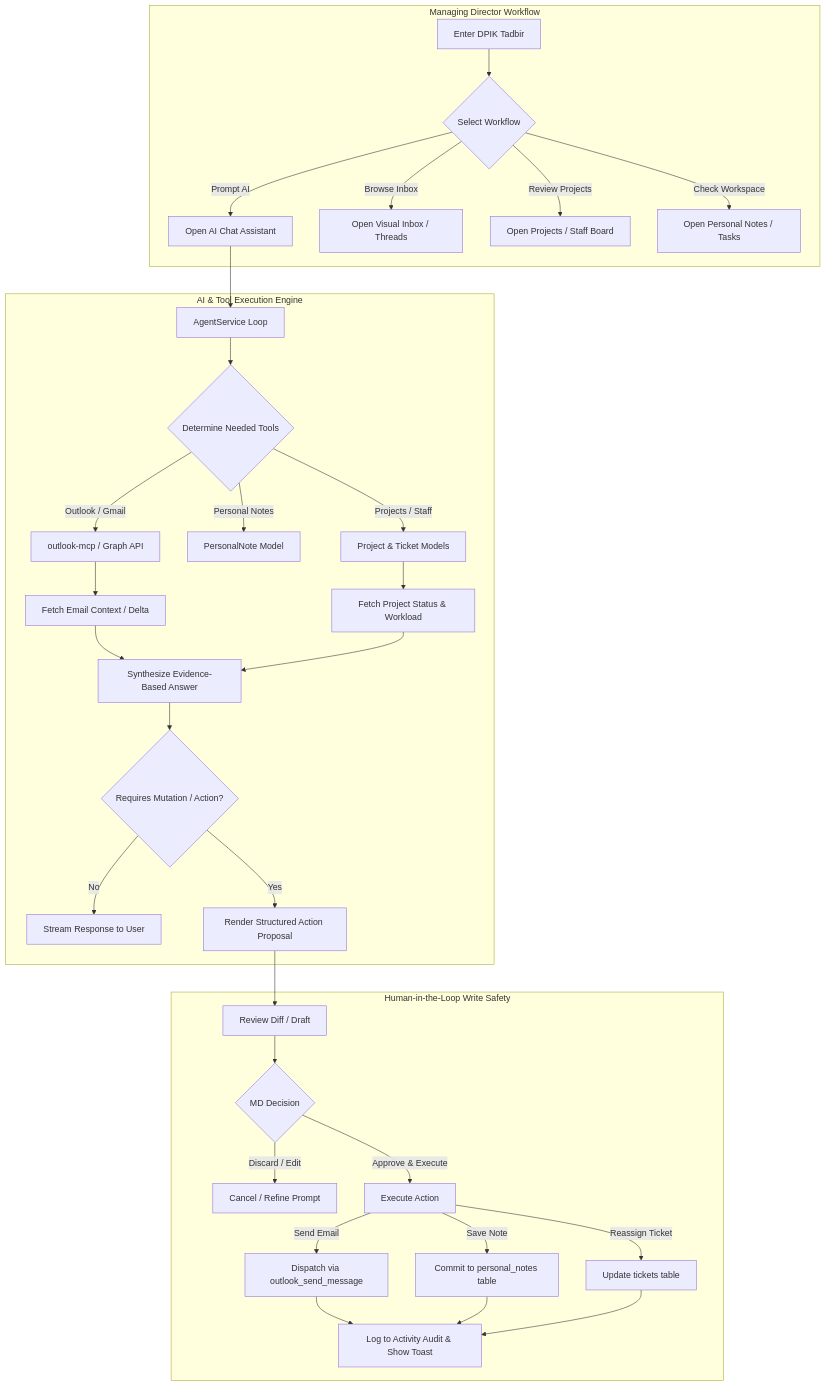
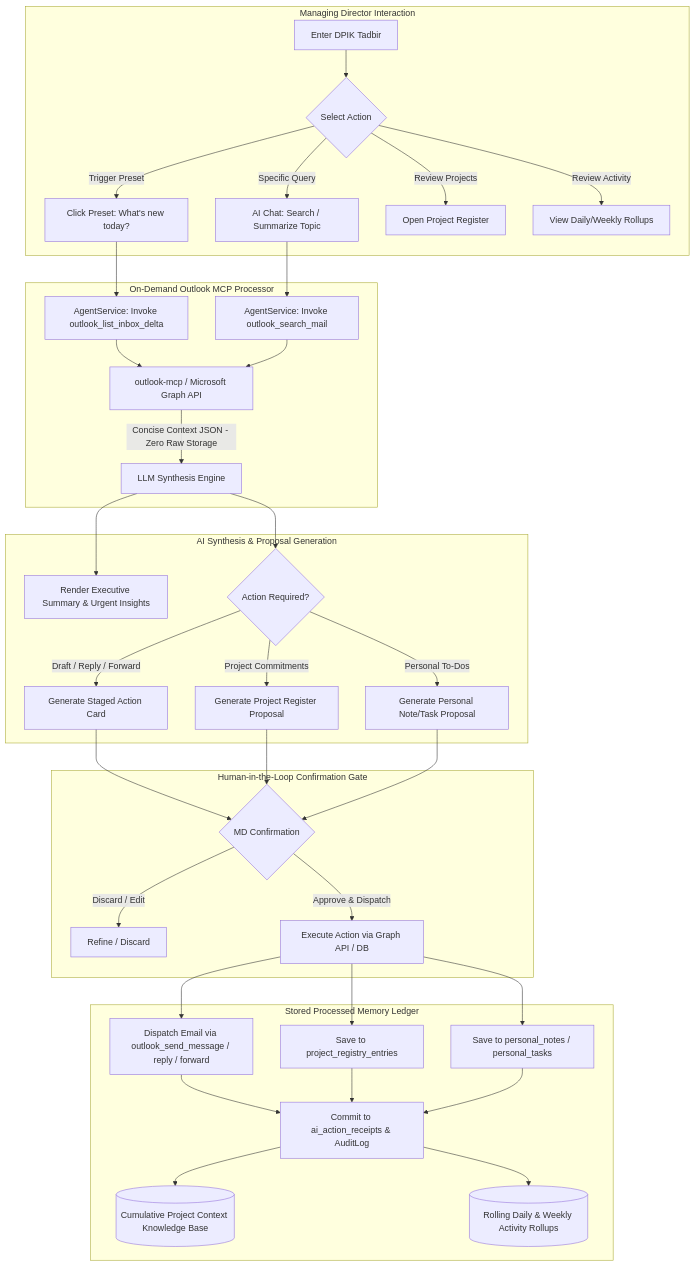
The diagram in docs/ui-spec/flow-diagram.mermaid (arhsmoque2/dpik-tadbir), drawn with Mermaid before and after one commit. The commit also changed 19 other files, not shown here.

````diff
--- a/docs/ui-spec/flow-diagram.mermaid
+++ b/docs/ui-spec/flow-diagram.mermaid
@@ -1,42 +1,51 @@
 ```mermaid
 flowchart TD
-    subgraph MD_Interaction [Managing Director Workflow]
-        A[Enter DPIK Tadbir] --> B{Select Workflow}
-        B -->|Prompt AI| C[Open AI Chat Assistant]
-        B -->|Browse Inbox| D[Open Visual Inbox / Threads]
-        B -->|Review Projects| E[Open Projects / Staff Board]
-        B -->|Check Workspace| F[Open Personal Notes / Tasks]
+    subgraph MD_Operations [Managing Director Interaction]
+        A[Enter DPIK Tadbir] --> B{Select Action}
+        B -->|Trigger Preset| C[Click Preset: What's new today?]
+        B -->|Specific Query| D[AI Chat: Search / Summarize Topic]
+        B -->|Review Projects| E[Open Project Register]
+        B -->|Review Activity| F[View Daily/Weekly Rollups]
     end
 
-    subgraph AI_Processing [AI & Tool Execution Engine]
-        C --> G[AgentService Loop]
-        G --> H{Determine Needed Tools}
-        H -->|Outlook / Gmail| I[outlook-mcp / Graph API]
-        H -->|Personal Notes| J[PersonalNote Model]
-        H -->|Projects / Staff| K[Project & Ticket Models]
+    subgraph Outlook_MCP_Processor [On-Demand Outlook MCP Processor]
+        C --> McpCall[AgentService: Invoke outlook_list_inbox_delta]
+        D --> McpCall2[AgentService: Invoke outlook_search_mail]
         
-        I --> L[Fetch Email Context / Delta]
-        K --> M[Fetch Project Status & Workload]
+        McpCall --> OutlookServer[outlook-mcp / Microsoft Graph API]
+        McpCall2 --> OutlookServer
         
-        L --> N[Synthesize Evidence-Based Answer]
-        M --> N
-        
-        N --> O{Requires Mutation / Action?}
-        O -->|No| P[Stream Response to User]
-        O -->|Yes| Q[Render Structured Action Proposal]
+        OutlookServer -->|Concise Context JSON - Zero Raw Storage| LLM[LLM Synthesis Engine]
     end
 
-    subgraph Approval_Gate [Human-in-the-Loop Write Safety]
-        Q --> R[Review Diff / Draft]
-        R --> S{MD Decision}
-        S -->|Discard / Edit| T[Cancel / Refine Prompt]
-        S -->|Approve & Execute| U[Execute Action]
-        U -->|Send Email| V[Dispatch via outlook_send_message]
-        U -->|Save Note| W[Commit to personal_notes table]
-        U -->|Reassign Ticket| X[Update tickets table]
+    subgraph AI_Synthesis_And_Proposals [AI Synthesis & Proposal Generation]
+        LLM --> Briefing[Render Executive Summary & Urgent Insights]
         
-        V --> Y[Log to Activity Audit & Show Toast]
-        W --> Y
-        X --> Y
+        LLM --> ActionCheck{Action Required?}
+        ActionCheck -->|Draft / Reply / Forward| ActionCard[Generate Staged Action Card]
+        ActionCheck -->|Project Commitments| RegCard[Generate Project Register Proposal]
+        ActionCheck -->|Personal To-Dos| NoteCard[Generate Personal Note/Task Proposal]
+    end
+
+    subgraph Human_Confirmation [Human-in-the-Loop Confirmation Gate]
+        ActionCard --> Approval{MD Confirmation}
+        RegCard --> Approval
+        NoteCard --> Approval
+        
+        Approval -->|Discard / Edit| Cancel[Refine / Discard]
+        Approval -->|Approve & Dispatch| Execute[Execute Action via Graph API / DB]
+    end
+
+    subgraph Processed_Output_Storage [Stored Processed Memory Ledger]
+        Execute --> DispatchOutbound[Dispatch Email via outlook_send_message / reply / forward]
+        Execute --> SaveRegister[Save to project_registry_entries]
+        Execute --> SaveNotes[Save to personal_notes / personal_tasks]
+        
+        DispatchOutbound --> Receipt[Commit to ai_action_receipts & AuditLog]
+        SaveRegister --> Receipt
+        SaveNotes --> Receipt
+        
+        Receipt --> CompoundingMemory[(Cumulative Project Context Knowledge Base)]
+        Receipt --> RollupReports[(Rolling Daily & Weekly Activity Rollups)]
     end
 ```
````
